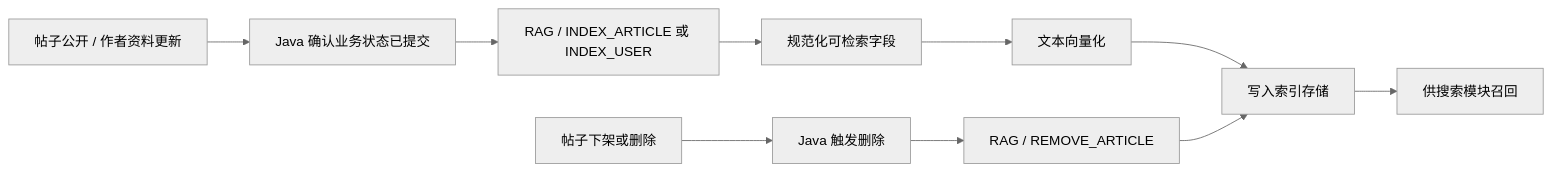
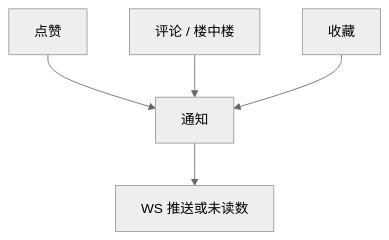
One commit to pluchon/mengmeng_forum changed diagram 12 of 29 in README.md. Above: the diagram before and after it, drawn with Mermaid (neutral theme). The commit also changed other lines of this file and 1616 other files, not shown here.

````diff
--- a/README.md
+++ b/README.md
@@ -433,12 +266,7 @@
 ```mermaid
-flowchart LR
-  PUB["帖子公开 / 作者资料更新"] --> J["Java 确认业务状态已提交"]
-  J --> IDX["RAG / INDEX_ARTICLE 或 INDEX_USER"]
-  IDX --> CLEAN["规范化可检索字段"]
-  CLEAN --> EMBED["文本向量化"]
-  EMBED --> STORE["写入索引存储"]
-  REMOVE["帖子下架或删除"] --> J2["Java 触发删除"]
-  J2 --> DEL["RAG / REMOVE_ARTICLE"]
-  DEL --> STORE
-  STORE --> SEARCH["供搜索模块召回"]
+flowchart TB
+  L["点赞"] --> N["通知"]
+  C["评论 / 楼中楼"] --> N
+  F["收藏"] --> N
+  N --> WS["WS 推送或未读数"]
 ```
````
